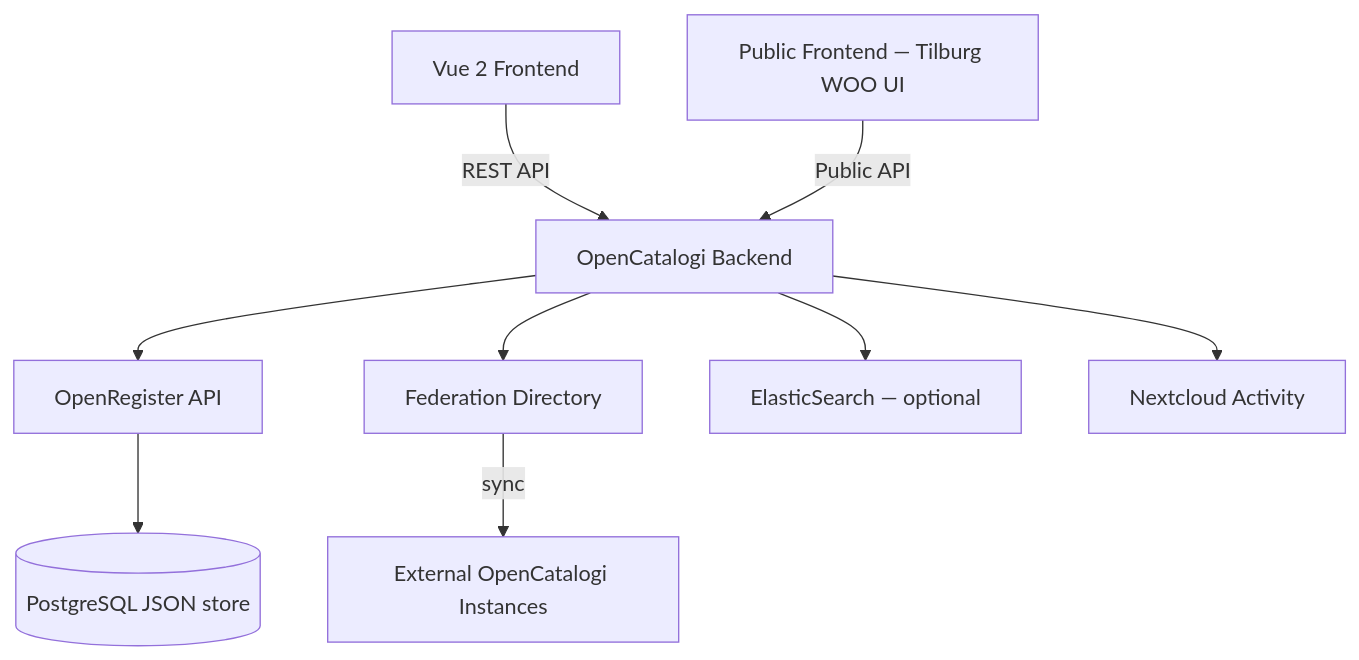
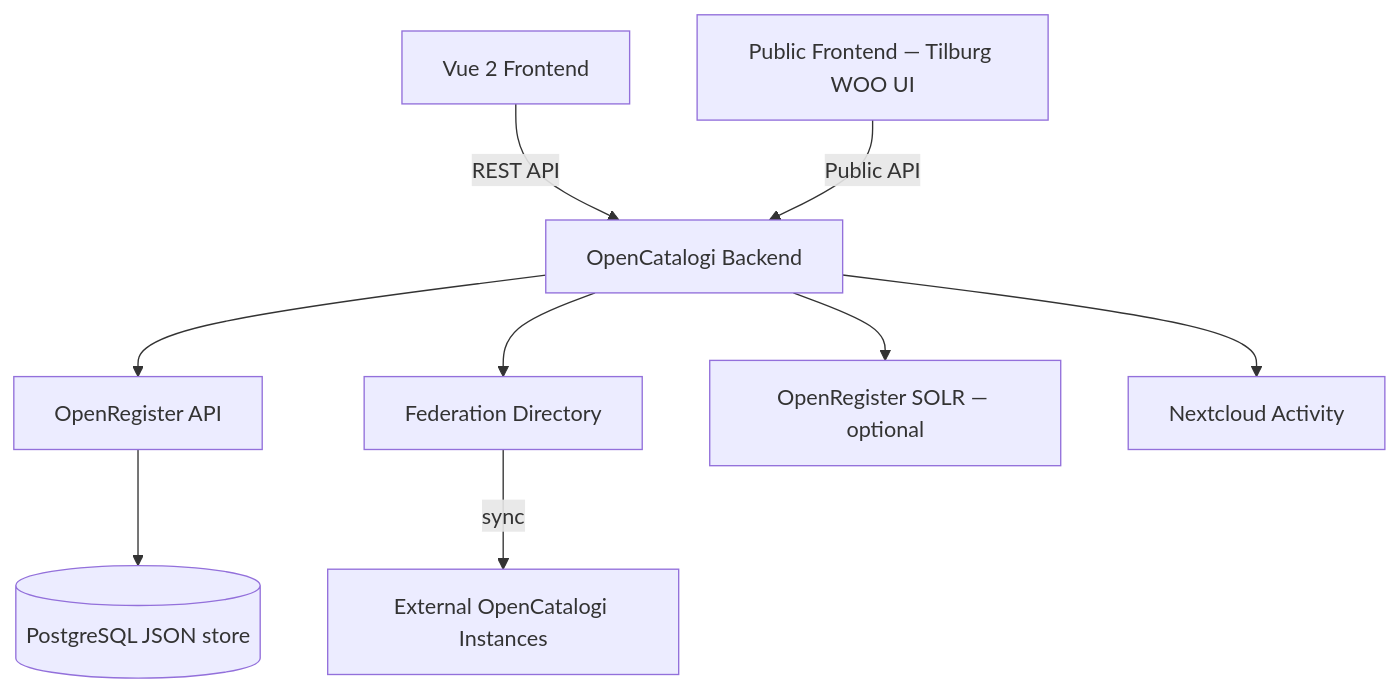
One commit to ConductionNL/opencatalogi changed the diagram in README.md. Above: the diagram before and after it, drawn with Mermaid. The commit also changed other lines of this file and 7 other files, not shown here.

````diff
--- a/README.md
+++ b/README.md
@@ -89,11 +89,11 @@
 ```mermaid
 graph TD
     A[Vue 2 Frontend] -->|REST API| B[OpenCatalogi Backend]
     B --> C[OpenRegister API]
     C --> D[(PostgreSQL JSON store)]
     B --> E[Federation Directory]
     E -->|sync| F[External OpenCatalogi Instances]
-    B --> G[ElasticSearch — optional]
+    B --> G[OpenRegister SOLR — optional]
     H[Public Frontend — Tilburg WOO UI] -->|Public API| B
     B --> I[Nextcloud Activity]
 ```
````
